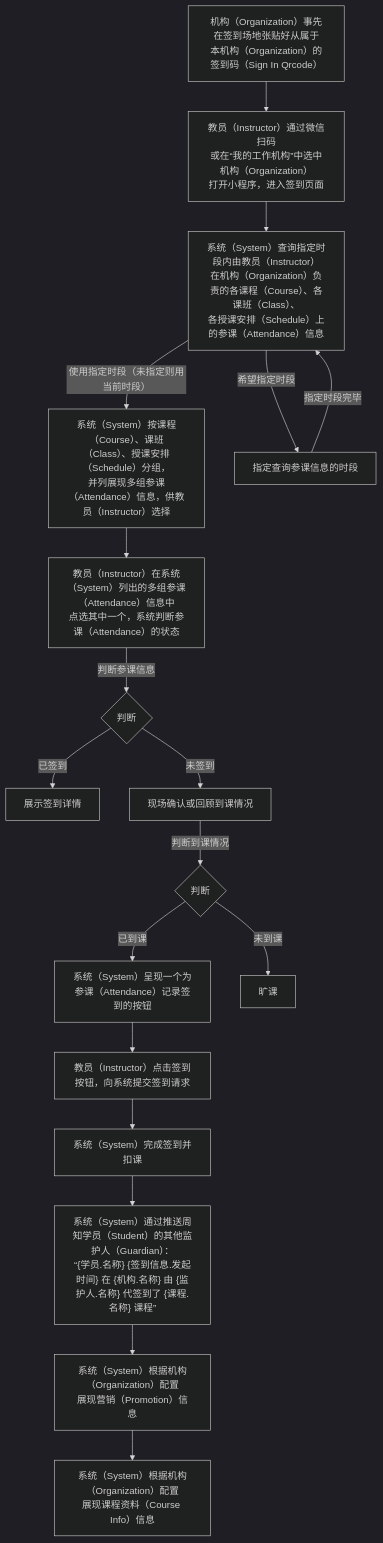
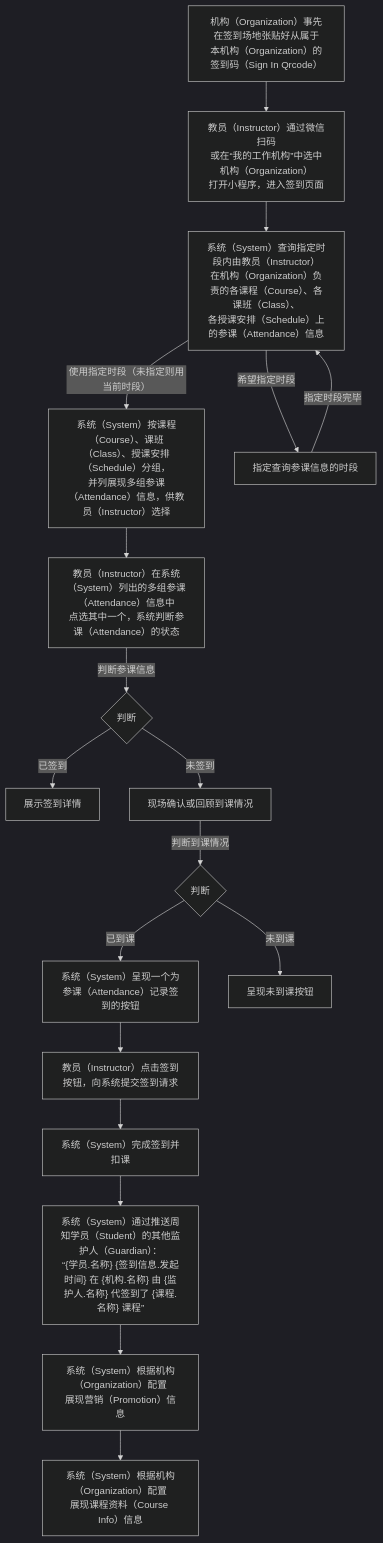
Before and after one commit to world-wide-web/sign: the third of 3 diagrams in 用例/签到.md, drawn with Mermaid (dark theme). The commit also changed other lines of this file, not shown here.

````diff
--- a/用例/签到.md
+++ b/用例/签到.md
@@ -82,49 +82,49 @@
 ```mermaid
 graph TD
 
 准备签到码-->扫描签到码
 扫描签到码-->列出负责的授课单元
 列出负责的授课单元--"使用指定时段（未指定则用当前时段）"-->展现授课单元下的参课信息
 列出负责的授课单元--希望指定时段-->指定查询参课信息的时段
 指定查询参课信息的时段--指定时段完毕-->列出负责的授课单元
 展现授课单元下的参课信息-->选择参课信息
 选择参课信息--判断参课信息-->判断参课信息
 判断参课信息--已签到-->展示签到详情
 判断参课信息--未签到-->现场确认或回顾到课情况
 现场确认或回顾到课情况--判断到课情况-->判断到课情况
 判断到课情况--已到课-->呈现签到按钮
 呈现签到按钮-->提交签到请求
 提交签到请求-->签到扣课
 签到扣课-->周知签到情况
 周知签到情况-->展示营销信息
 展示营销信息-->展示课程资料
-判断到课情况--未到课-->旷课
+判断到课情况--未到课-->呈现未到课按钮
 
 准备签到码["<center>机构（Organization）事先在签到场地张贴好从属于<br>本机构（Organization）的签到码（Sign In Qrcode）</center>"]
 
 扫描签到码["<center>教员（Instructor）通过微信扫码<br>或在“我的工作机构”中选中机构（Organization）<br>打开小程序，进入签到页面</center>"]
 
 列出负责的授课单元["<center>系统（System）查询指定时段内由教员（Instructor）<br>在机构（Organization）负责的各课程（Course）、各课班（Class）、<br>各授课安排（Schedule）上的参课（Attendance）信息"]
 
 指定查询参课信息的时段
 
 展现授课单元下的参课信息["<center>系统（System）按课程（Course）、课班（Class）、授课安排（Schedule）分组，<br>并列展现多组参课（Attendance）信息，供教员（Instructor）选择</center>"]
 
 选择参课信息["<center>教员（Instructor）在系统（System）列出的多组参课（Attendance）信息中<br>点选其中一个，系统判断参课（Attendance）的状态</center>"]
 
 判断参课信息{"<center>判断</center>"}
 
 判断到课情况{"<center>判断</center>"}
 
 呈现签到按钮["<center>系统（System）呈现一个为参课（Attendance）记录签到的按钮</center>"]
 
 提交签到请求["<center>教员（Instructor）点击签到按钮，向系统提交签到请求</center>"]
 
 签到扣课["<center>系统（System）完成签到并扣课</center>"]
 
 周知签到情况["<center>系统（System）通过推送周知学员（Student）的其他监护人（Guardian）：<br>“{学员.名称} {签到信息.发起时间} 在 {机构.名称} 由 {监护人.名称} 代签到了 {课程.名称} 课程”</center>"]
 
 展示营销信息["<center>系统（System）根据机构（Organization）配置<br>展现营销（Promotion）信息</center>"]
 
 展示课程资料["<center>系统（System）根据机构（Organization）配置<br>展现课程资料（Course Info）信息</center>"]
 ```
````
